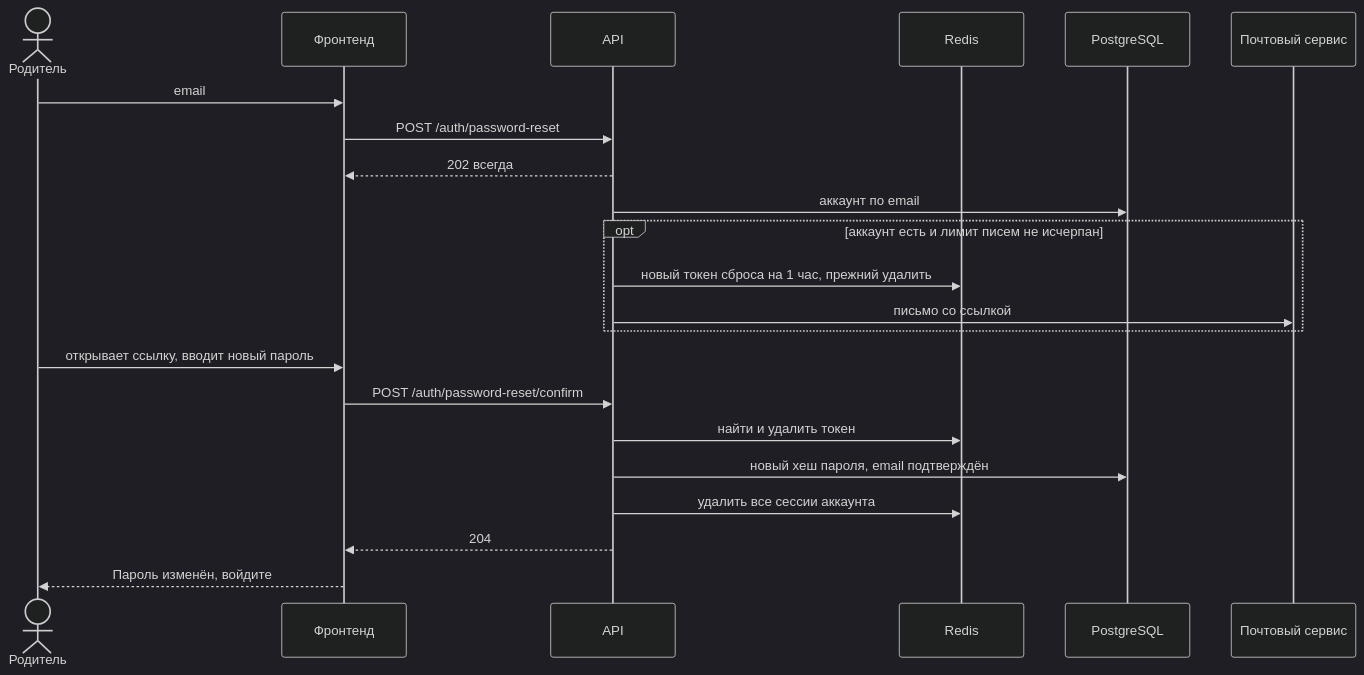
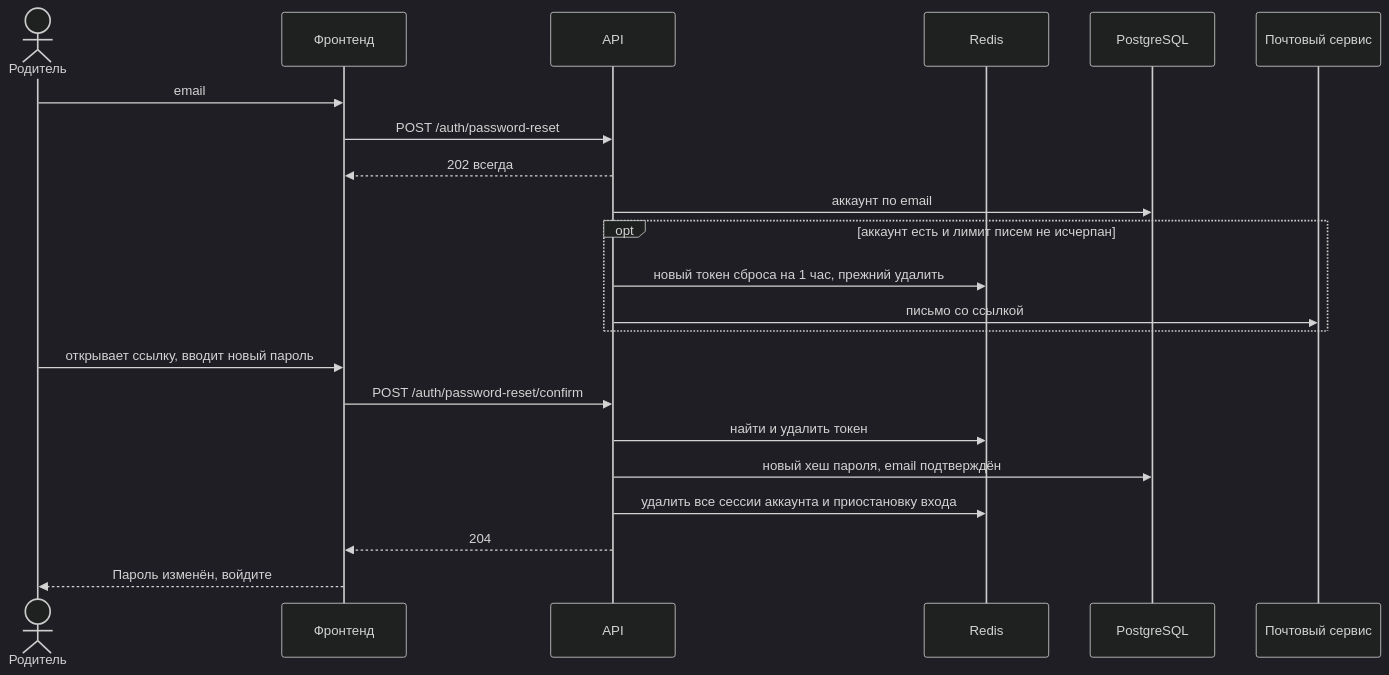
The fourth of 4 diagrams in docs/analysis/auth.md (nsat1/early-mind), drawn with Mermaid (dark theme) before and after one commit. The commit also changed 6 other files, not shown here.

````diff
--- a/docs/analysis/auth.md
+++ b/docs/analysis/auth.md
@@ -175,24 +175,24 @@
 ```mermaid
 sequenceDiagram
     actor P as Родитель
     participant F as Фронтенд
     participant A as API
     participant R as Redis
     participant D as PostgreSQL
     participant M as Почтовый сервис
     P->>F: email
     F->>A: POST /auth/password-reset
     A-->>F: 202 всегда
     A->>D: аккаунт по email
     opt аккаунт есть и лимит писем не исчерпан
         A->>R: новый токен сброса на 1 час, прежний удалить
         A->>M: письмо со ссылкой
     end
     P->>F: открывает ссылку, вводит новый пароль
     F->>A: POST /auth/password-reset/confirm
     A->>R: найти и удалить токен
     A->>D: новый хеш пароля, email подтверждён
-    A->>R: удалить все сессии аккаунта
+    A->>R: удалить все сессии аккаунта и приостановку входа
     A-->>F: 204
     F-->>P: Пароль изменён, войдите
 ```
````
